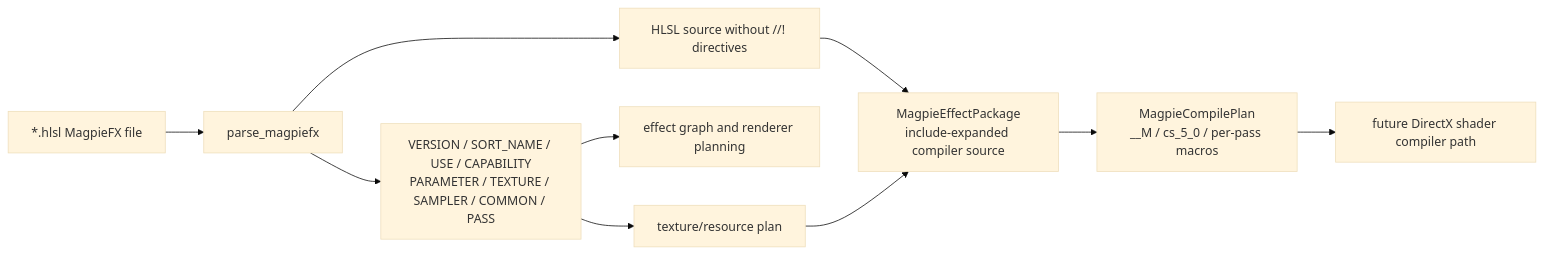
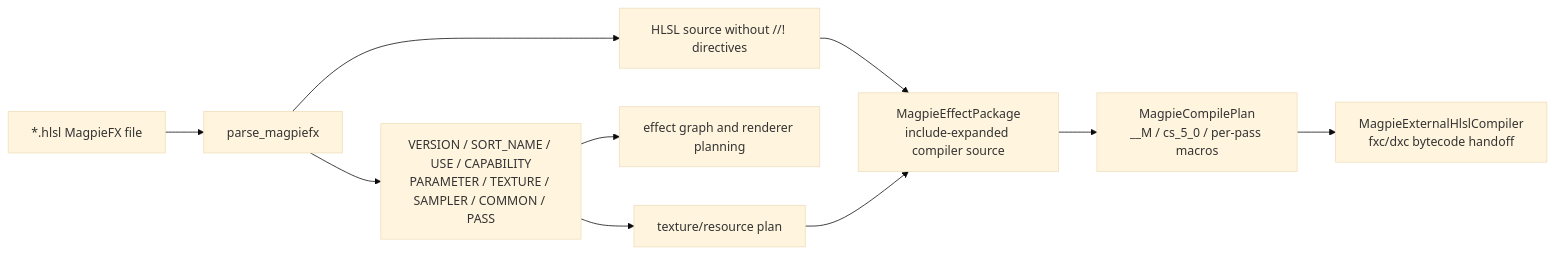
One commit to Sanzentyo/borderless-rs changed the third of 3 diagrams in docs/upscale-integration-plan.md. Above: the diagram before and after it, drawn with Mermaid (base theme). The commit also changed other lines of this file and 3 other files, not shown here.

Commit message:
magpie: add external hlsl compiler handoff

````diff
--- a/docs/upscale-integration-plan.md
+++ b/docs/upscale-integration-plan.md
@@ -120,12 +120,12 @@
 ```mermaid
 flowchart LR
     File["*.hlsl MagpieFX file"] --> Parser["parse_magpiefx"]
     Parser --> Metadata["VERSION / SORT_NAME / USE / CAPABILITY\nPARAMETER / TEXTURE / SAMPLER / COMMON / PASS"]
     Parser --> Shader["HLSL source without //! directives"]
     Metadata --> Graph["effect graph and renderer planning"]
     Metadata --> Resources["texture/resource plan"]
     Shader --> Package["MagpieEffectPackage\ninclude-expanded compiler source"]
     Resources --> Package
     Package --> Jobs["MagpieCompilePlan\n__M / cs_5_0 / per-pass macros"]
-    Jobs --> Compiler["future DirectX shader compiler path"]
+    Jobs --> Compiler["MagpieExternalHlslCompiler\nfxc/dxc bytecode handoff"]
 ```
````
